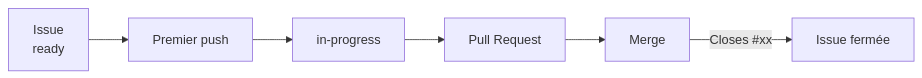
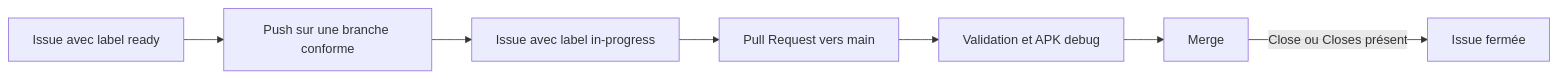
Before and after one commit to YannickLevadoux/rep_timer: the diagram in README.md, drawn with Mermaid. The commit also changed other lines of this file, not shown here.

````diff
--- a/README.md
+++ b/README.md
@@ -124,15 +126,13 @@
 ```mermaid
 flowchart LR
-    A[Issue<br/>ready]
-    B[Premier push]
-    C[in-progress]
-    D[Pull Request]
-    E[Merge]
-    F[Issue fermée]
+    A[Issue avec label ready]
+    B[Push sur une branche conforme]
+    C[Issue avec label in-progress]
+    D[Pull Request vers main]
+    E[Validation et APK debug]
+    F[Merge]
+    G[Issue fermée]
 
-    A --> B
-    B --> C
-    C --> D
-    D --> E
-    E -->|Closes #xx| F
+    A --> B --> C --> D --> E --> F
+    F -->|Close ou Closes présent| G
 ```
````
